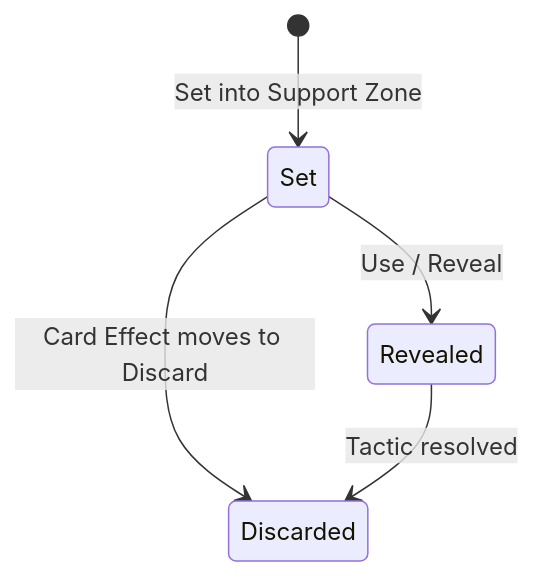
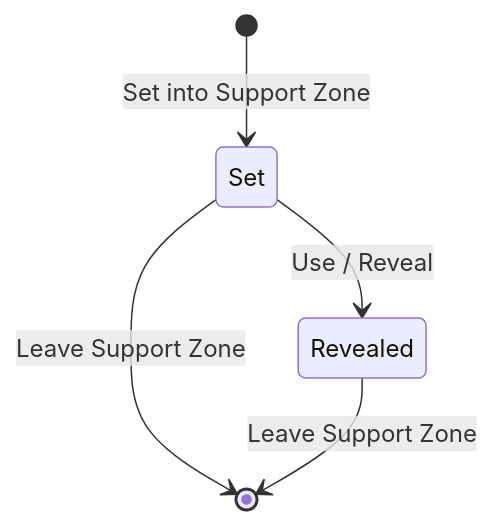
One commit to kjun1/card-game changed the third of 7 diagrams in docs/model/state-model.md. Above: the diagram before and after it, drawn with Mermaid. The commit also changed other lines of this file and 45 other files, not shown here.

```diff
--- a/docs/model/state-model.md
+++ b/docs/model/state-model.md
@@ -26,7 +55,7 @@
 ~~~mermaid
 stateDiagram-v2
     [*] --> Set: Set into Support Zone
     Set --> Revealed: Use / Reveal
-    Set --> Discarded: Card Effect moves to Discard
-    Revealed --> Discarded: Tactic resolved
+    Set --> [*]: Leave Support Zone
+    Revealed --> [*]: Leave Support Zone
 ~~~
```
